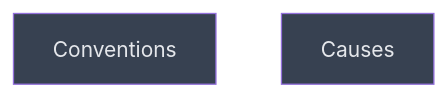
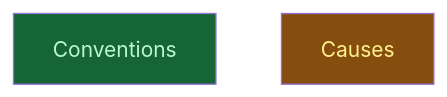
The diagram in __roadmap__/integrity/README.md (CrackingShells/Candler), drawn with Mermaid before and after one commit. The commit also changed other lines of this file and 1 other file, not shown here.

Commit message:
rdm(api): close the conventions leaf and start the causes level

````diff
--- a/__roadmap__/integrity/README.md
+++ b/__roadmap__/integrity/README.md
@@ -20,10 +20,10 @@
 ```mermaid
 graph TD
-    conventions[Conventions]:::planned
-    causes[Causes]:::planned
+    conventions[Conventions]:::done
+    causes[Causes]:::inprogress
     classDef done       fill:#166534,color:#bbf7d0
     classDef inprogress fill:#854d0e,color:#fef08a
     classDef planned    fill:#374151,color:#e5e7eb
     classDef amendment  fill:#1e3a5f,color:#bfdbfe
     classDef blocked    fill:#7f1d1d,color:#fecaca
 ```
````
